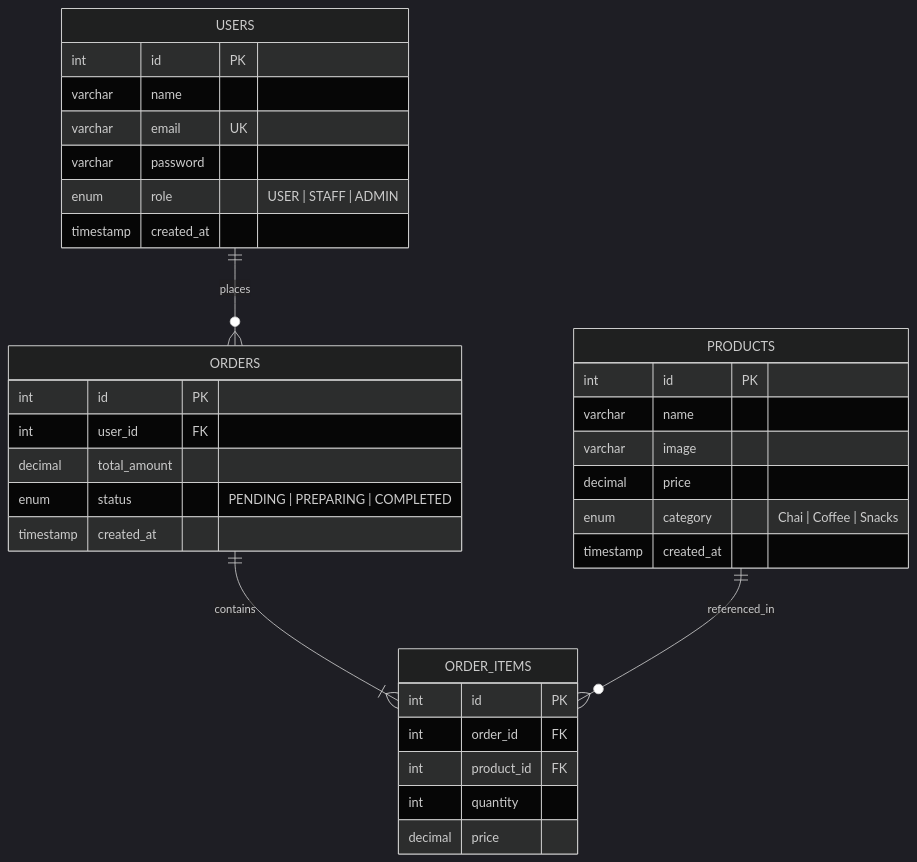
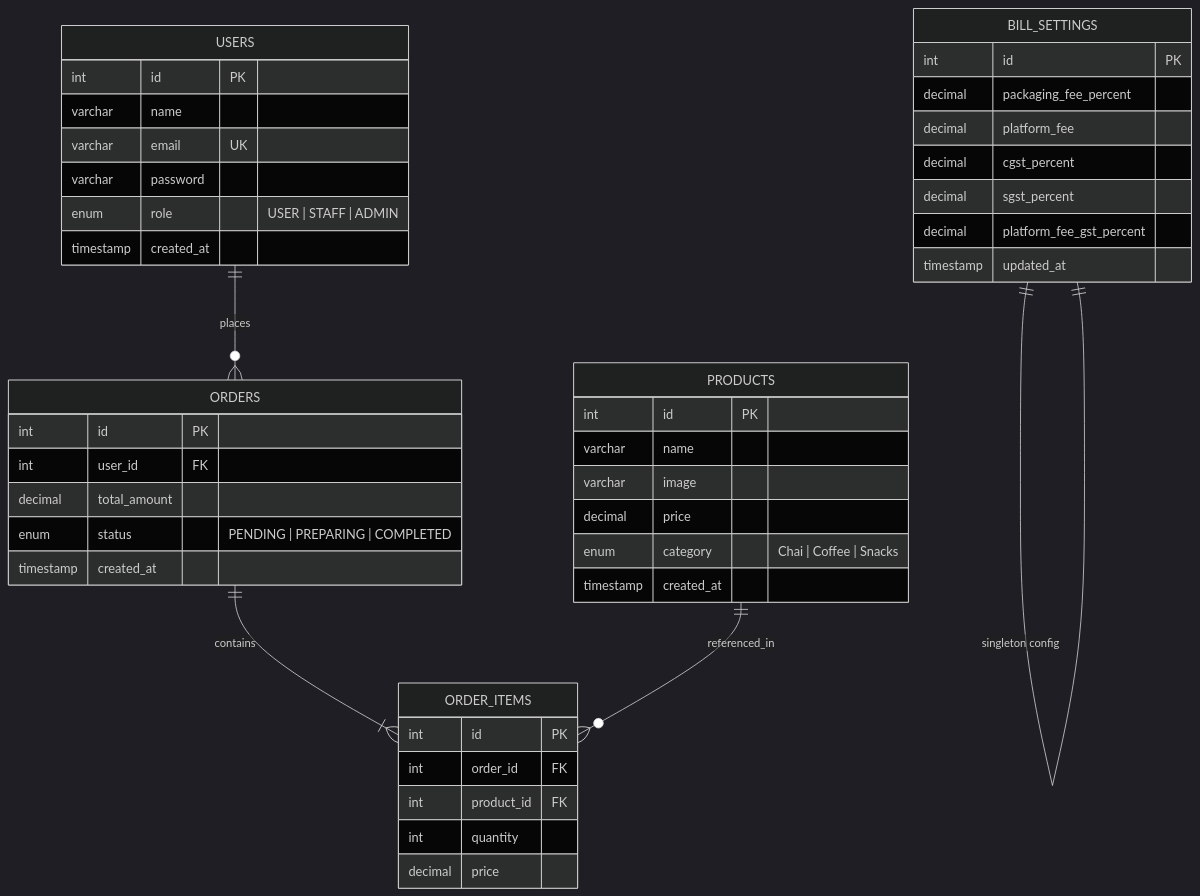
One commit to Saichowdary02/cafe-app changed the second of 3 diagrams in README.md. Above: the diagram before and after it, drawn with Mermaid (dark theme). The commit also changed other lines of this file and 11 other files, not shown here.

````diff
--- a/README.md
+++ b/README.md
@@ -125,40 +242,51 @@
 ```mermaid
 erDiagram
     USERS ||--o{ ORDERS : places
     ORDERS ||--|{ ORDER_ITEMS : contains
     PRODUCTS ||--o{ ORDER_ITEMS : referenced_in
+    BILL_SETTINGS ||--|| BILL_SETTINGS : "singleton config"
 
     USERS {
         int id PK
         varchar name
         varchar email UK
         varchar password
         enum role "USER | STAFF | ADMIN"
         timestamp created_at
     }
 
     PRODUCTS {
         int id PK
         varchar name
         varchar image
         decimal price
         enum category "Chai | Coffee | Snacks"
         timestamp created_at
     }
 
     ORDERS {
         int id PK
         int user_id FK
         decimal total_amount
         enum status "PENDING | PREPARING | COMPLETED"
         timestamp created_at
     }
 
     ORDER_ITEMS {
         int id PK
         int order_id FK
         int product_id FK
         int quantity
         decimal price
     }
+
+    BILL_SETTINGS {
+        int id PK
+        decimal packaging_fee_percent
+        decimal platform_fee
+        decimal cgst_percent
+        decimal sgst_percent
+        decimal platform_fee_gst_percent
+        timestamp updated_at
+    }
 ```
````
